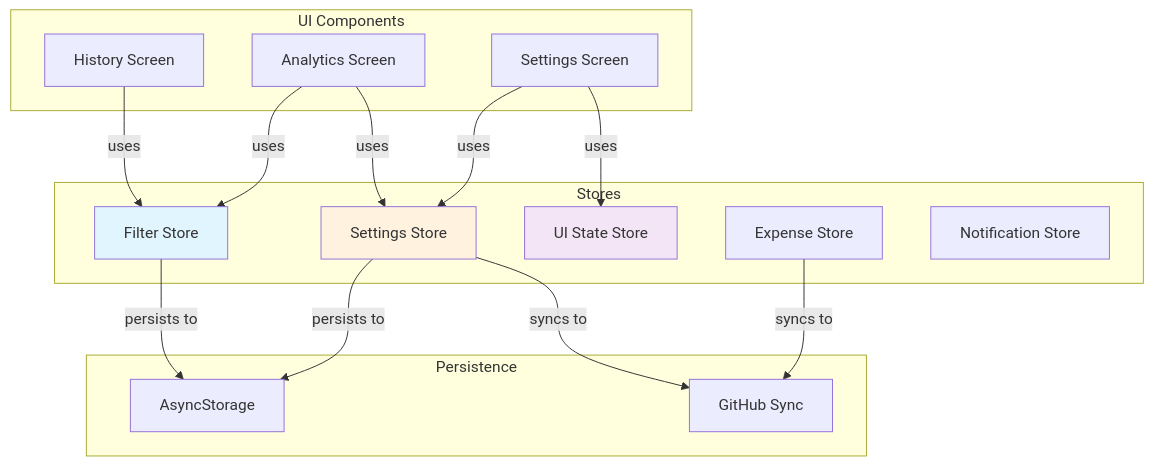
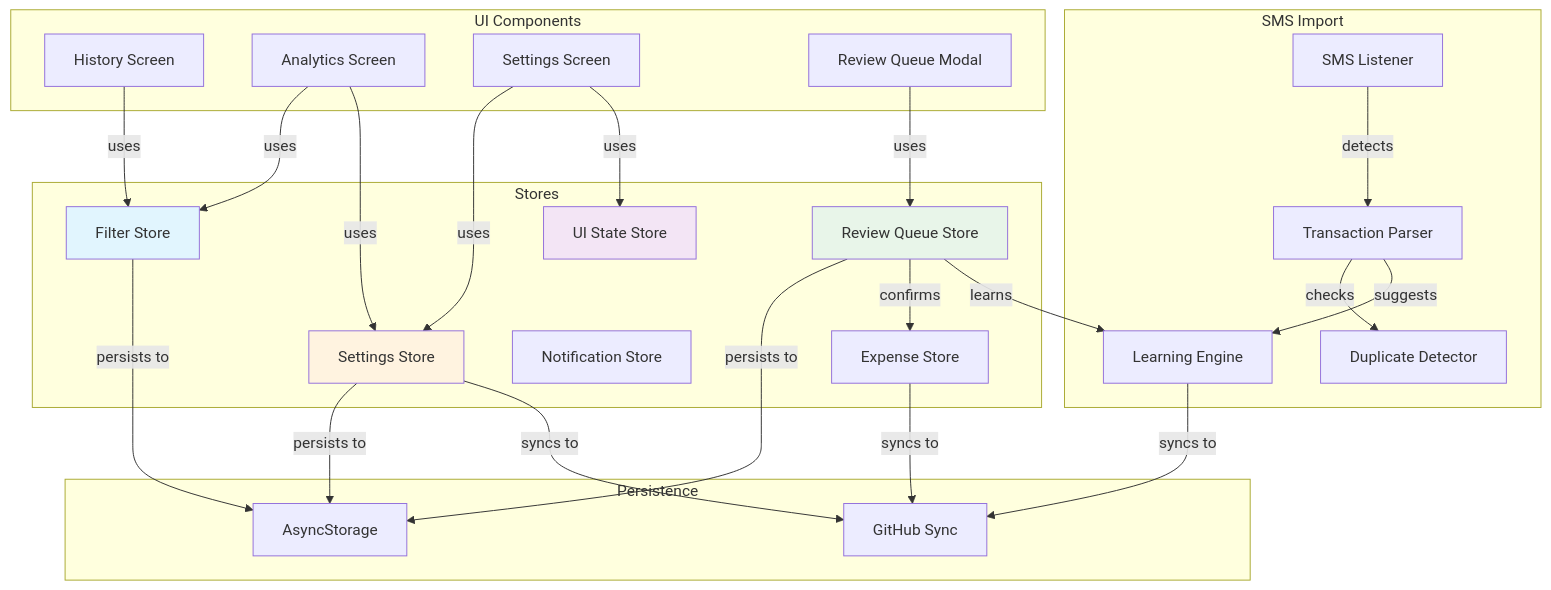
The first of 10 diagrams in ARCHITECTURE.md (sudokoi/expense-buddy), drawn with Mermaid before and after one commit. The commit also changed other lines of this file and 2 other files, not shown here.

First line of the commit message:
docs: Update README, PRIVACY, and ARCHITECTURE for SMS import feature

````diff
--- a/ARCHITECTURE.md
+++ b/ARCHITECTURE.md
@@ -20,36 +20,55 @@
 ```mermaid
 graph TB
     subgraph "Stores"
         FS[Filter Store]
         UIS[UI State Store]
         SS[Settings Store]
         ES[Expense Store]
         NS[Notification Store]
+        RQS[Review Queue Store]
+    end
+
+    subgraph "SMS Import"
+        TP[Transaction Parser]
+        DD[Duplicate Detector]
+        LE[Learning Engine]
+        SL[SMS Listener]
     end
 
     subgraph "Persistence"
         AS[AsyncStorage]
         GH[GitHub Sync]
     end
 
     subgraph "UI Components"
         H[History Screen]
         A[Analytics Screen]
         S[Settings Screen]
+        RQ[Review Queue Modal]
     end
 
     FS -->|persists to| AS
     SS -->|persists to| AS
+    RQS -->|persists to| AS
     SS -->|syncs to| GH
     ES -->|syncs to| GH
+    LE -->|syncs to| GH
+
+    SL -->|detects| TP
+    TP -->|checks| DD
+    TP -->|suggests| LE
+    RQS -->|confirms| ES
+    RQS -->|learns| LE
 
     H -->|uses| FS
     A -->|uses| FS
     A -->|uses| SS
     S -->|uses| SS
     S -->|uses| UIS
+    RQ -->|uses| RQS
 
     style FS fill:#e1f5fe
     style SS fill:#fff3e0
     style UIS fill:#f3e5f5
+    style RQS fill:#e8f5e9
 ```
````
